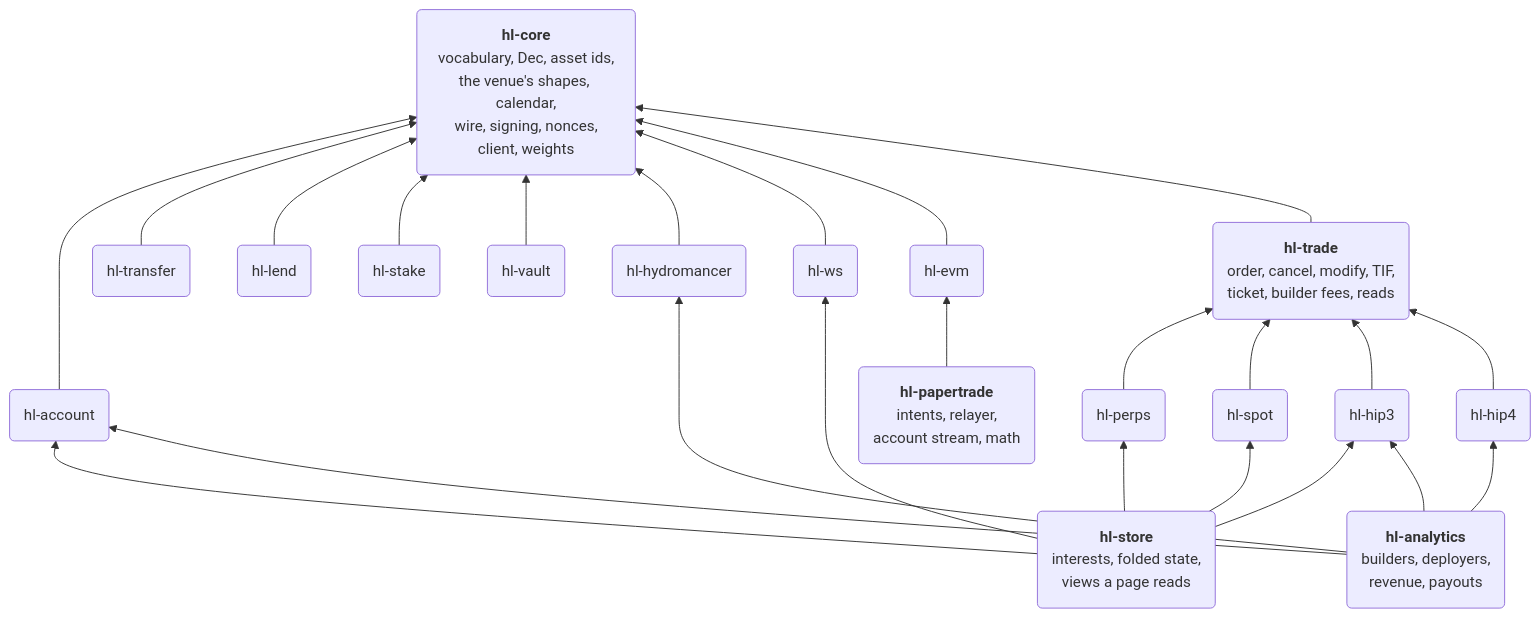
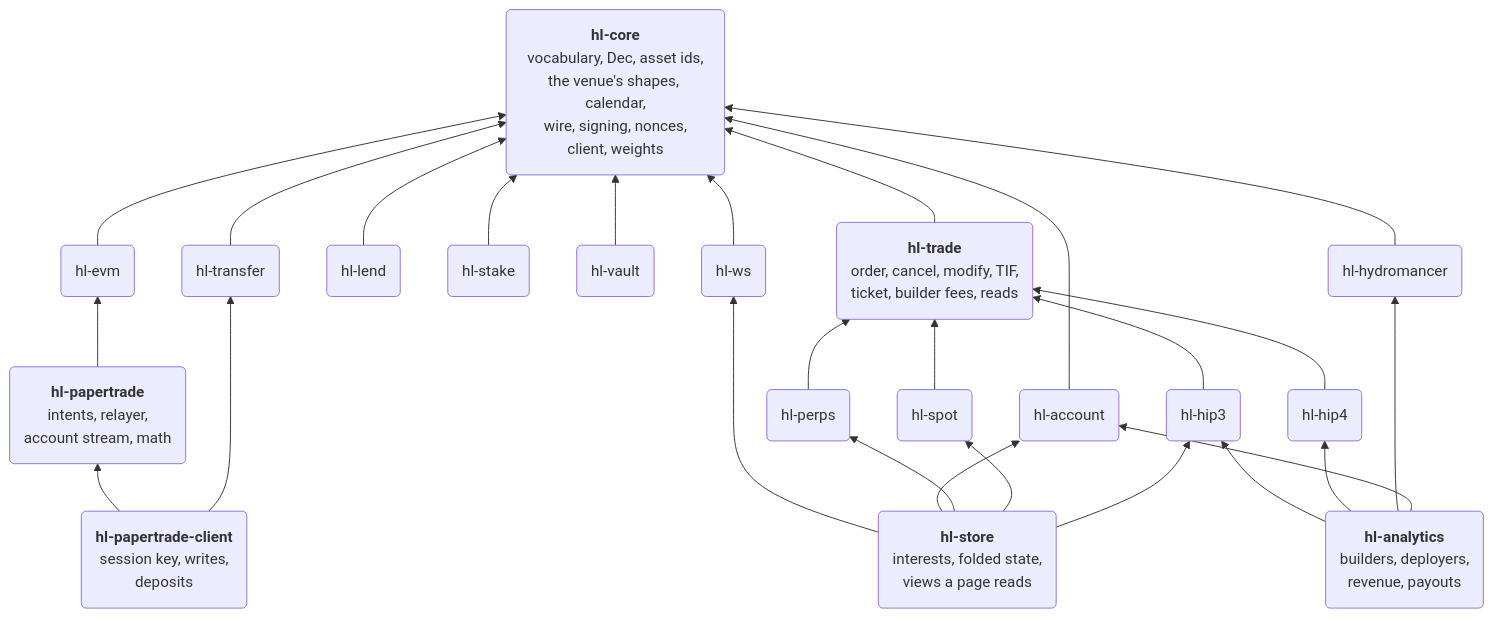
Before and after one commit to dennisfurrer/df-hyperliquid-core: the diagram in README.md, drawn with Mermaid. The commit also changed other lines of this file and 15 other files, not shown here.

Commit message:
feat: papertrade client crate

````diff
--- a/README.md
+++ b/README.md
@@ -5,33 +5,36 @@
 ```mermaid
 flowchart BT
   CORE("<b>hl-core</b><br/>vocabulary, Dec, asset ids,<br/>the venue's shapes, calendar,<br/>wire, signing, nonces,<br/>client, weights")
   TRADE("<b>hl-trade</b><br/>order, cancel, modify, TIF,<br/>ticket, builder fees, reads")
 
   ACCOUNT("hl-account") --> CORE
   TRANSFER("hl-transfer") --> CORE
   LEND("hl-lend") --> CORE
   STAKE("hl-stake") --> CORE
   VAULT("hl-vault") --> CORE
   HYDRO("hl-hydromancer") --> CORE
   WS("hl-ws") --> CORE
   EVM("hl-evm") --> CORE
   TRADE --> CORE
 
   PERPS("hl-perps") --> TRADE
   SPOT("hl-spot") --> TRADE
   HIP3("hl-hip3") --> TRADE
   HIP4("hl-hip4") --> TRADE
 
   STORE("<b>hl-store</b><br/>interests, folded state,<br/>views a page reads") --> WS
   STORE --> ACCOUNT
   STORE --> PERPS
   STORE --> SPOT
   STORE --> HIP3
 
   ANALYTICS("<b>hl-analytics</b><br/>builders, deployers,<br/>revenue, payouts") --> HIP3
   ANALYTICS --> HIP4
   ANALYTICS --> HYDRO
   ANALYTICS --> ACCOUNT
 
   PAPER("<b>hl-papertrade</b><br/>intents, relayer,<br/>account stream, math") --> EVM
+
+  PAPERCLIENT("<b>hl-papertrade-client</b><br/>session key, writes,<br/>deposits") --> PAPER
+  PAPERCLIENT --> TRANSFER
 ```
````
